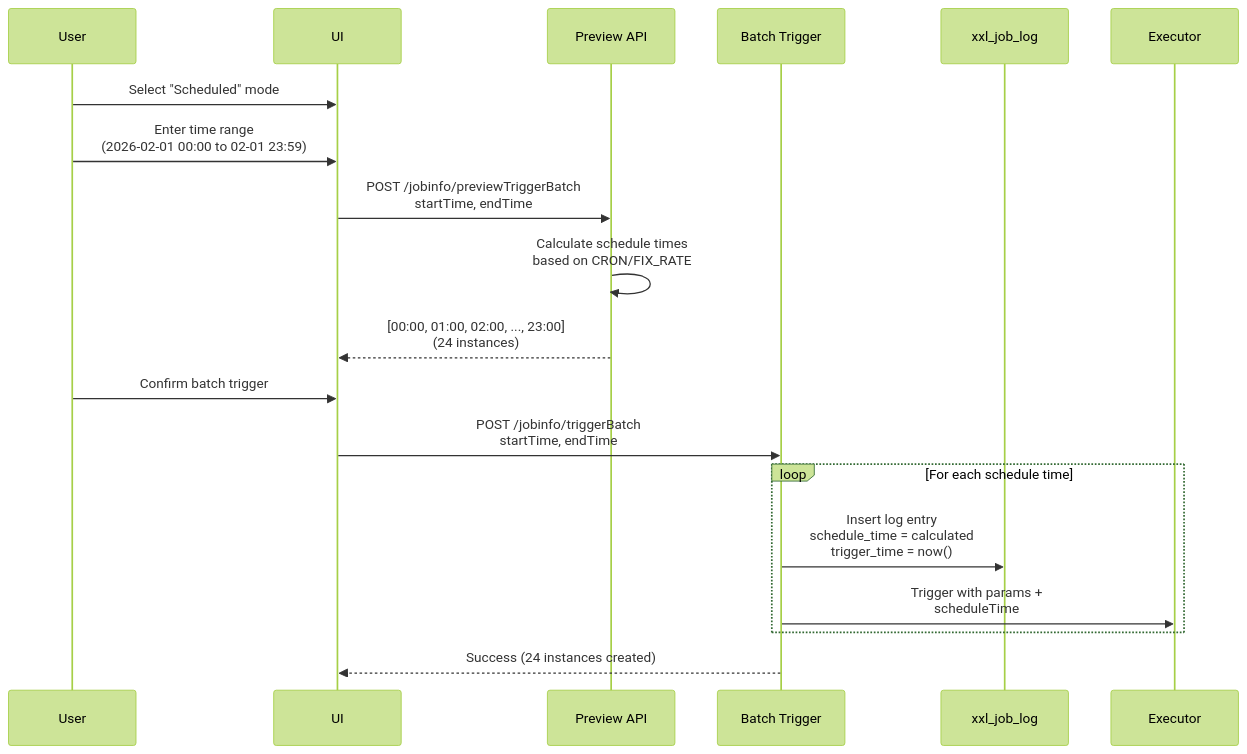
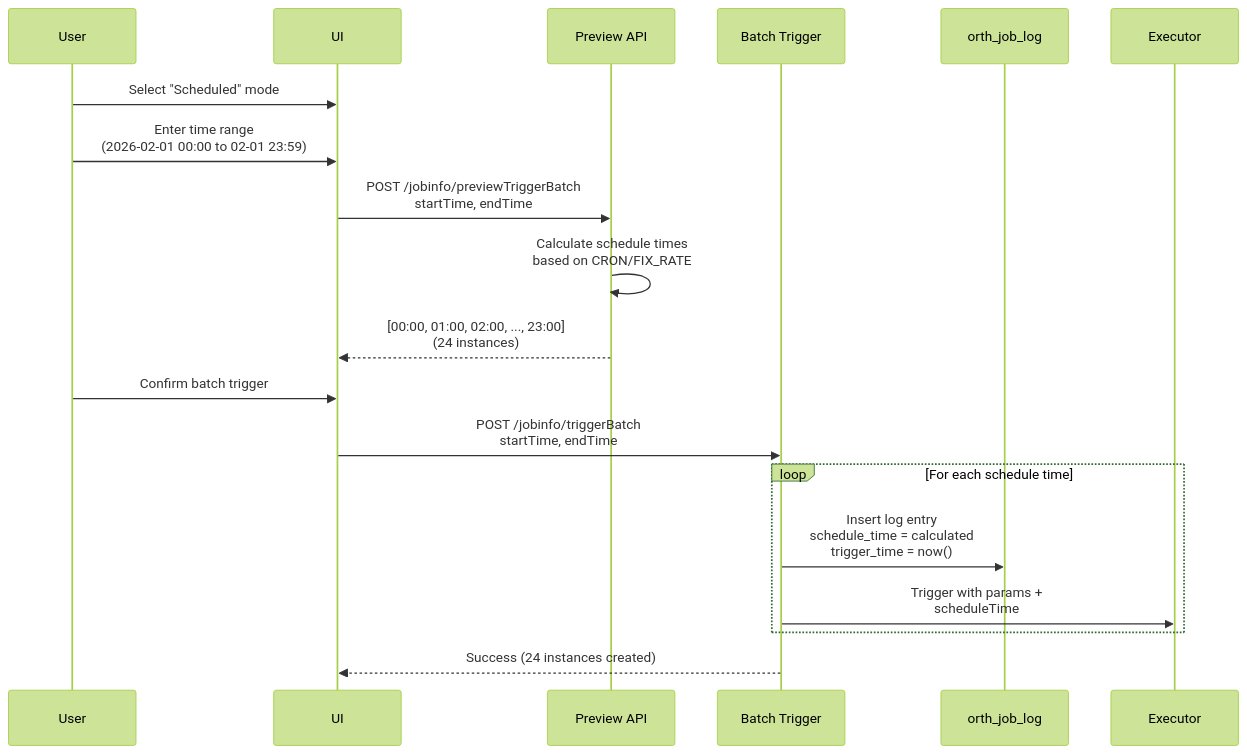
Before and after one commit to zombie12138/orth: the third of 3 diagrams in arch/09-batch-trigger-schedule-time.md, drawn with Mermaid (forest theme). The commit also changed other lines of this file and 576 other files, not shown here.

First line of the commit message:
refactor: rename xxl-job → orth across entire project

````diff
--- a/arch/09-batch-trigger-schedule-time.md
+++ b/arch/09-batch-trigger-schedule-time.md
@@ -72,27 +72,27 @@
 ```mermaid
 sequenceDiagram
     participant User
     participant UI
     participant Preview as Preview API
     participant Batch as Batch Trigger
-    participant DB as xxl_job_log
+    participant DB as orth_job_log
     participant Executor
 
     User->>UI: Select "Scheduled" mode
     User->>UI: Enter time range<br/>(2026-02-01 00:00 to 02-01 23:59)
 
     UI->>Preview: POST /jobinfo/previewTriggerBatch<br/>startTime, endTime
     Preview->>Preview: Calculate schedule times<br/>based on CRON/FIX_RATE
     Preview-->>UI: [00:00, 01:00, 02:00, ..., 23:00]<br/>(24 instances)
 
     User->>UI: Confirm batch trigger
 
     UI->>Batch: POST /jobinfo/triggerBatch<br/>startTime, endTime
 
     loop For each schedule time
         Batch->>DB: Insert log entry<br/>schedule_time = calculated<br/>trigger_time = now()
         Batch->>Executor: Trigger with params +<br/>scheduleTime
     end
 
     Batch-->>UI: Success (24 instances created)
 ```
````
